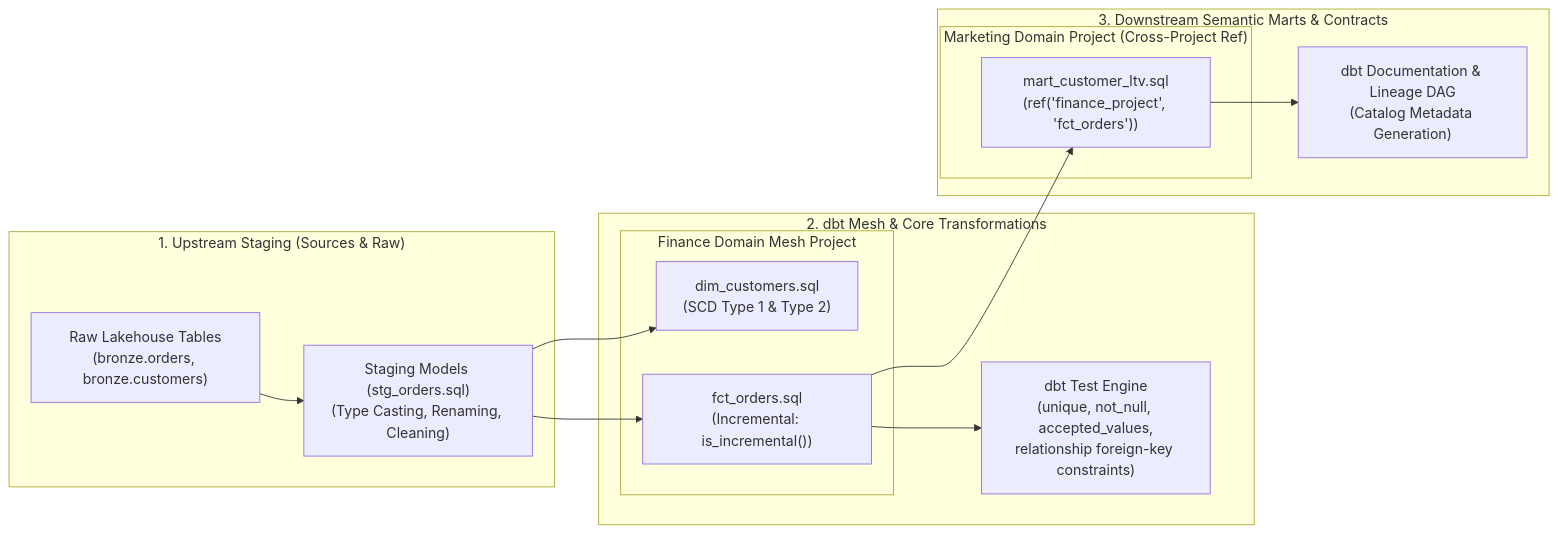
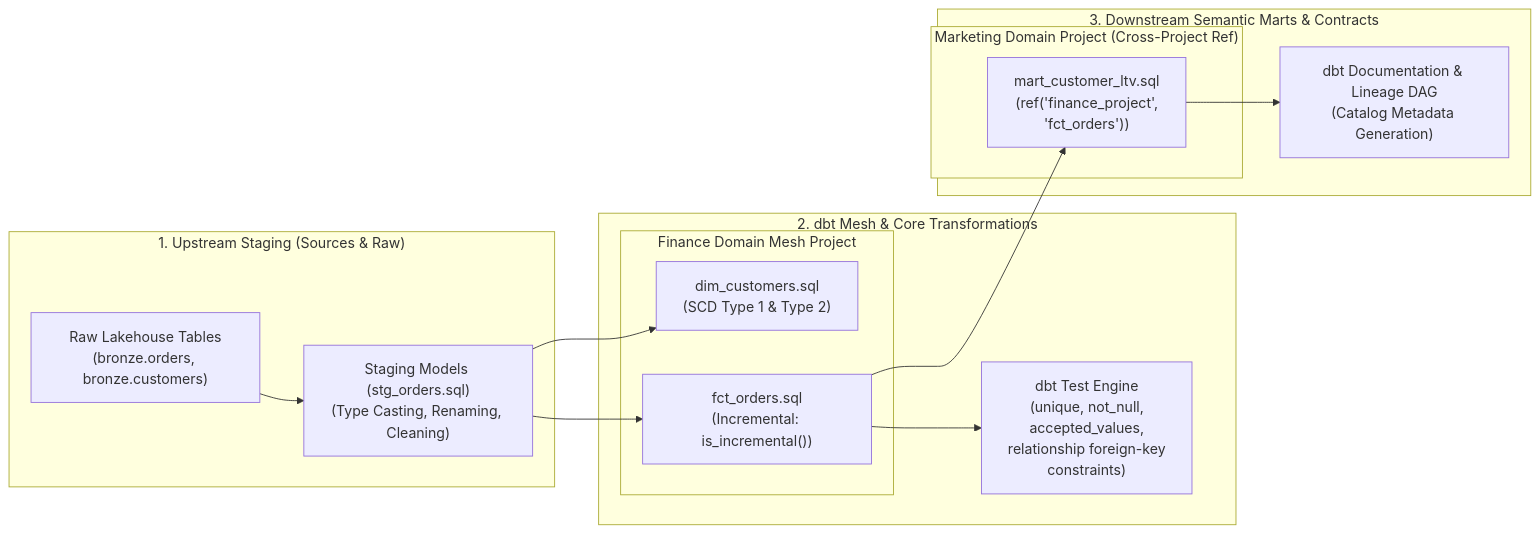
Before and after one commit to santoshjammi29/data-system-design-handbook: the eighth of 28 diagrams in docs/whiteboard_diagrams/handbook_whiteboard_blueprints.md, drawn with Mermaid. The commit also changed other lines of this file and 15 other files, not shown here.

Commit message:
fix(diagrams): word-wrap labels and escape comparison operators across all diagrams

````diff
--- a/docs/whiteboard_diagrams/handbook_whiteboard_blueprints.md
+++ b/docs/whiteboard_diagrams/handbook_whiteboard_blueprints.md
@@ -361,31 +361,31 @@
 ```mermaid
 flowchart LR
     subgraph Panel1 ["1. Upstream Staging (Sources & Raw)"]
-        Source1["Raw Lakehouse Tables\n(bronze.orders, bronze.customers)"]
-        Staging["Staging Models (stg_orders.sql)\n(Type Casting, Renaming, Cleaning)"]
+        Source1["Raw Lakehouse Tables<br/>(bronze.orders, bronze.customers)"]
+        Staging["Staging Models (stg_orders.sql)<br/>(Type Casting, Renaming, Cleaning)"]
         Source1 --> Staging
     end
 
     subgraph Panel2 ["2. dbt Mesh & Core Transformations"]
         subgraph DataProduct1 ["Finance Domain Mesh Project"]
-            DimCustomer["dim_customers.sql\n(SCD Type 1 & Type 2)"]
-            FactOrders["fct_orders.sql\n(Incremental: is_incremental())"]
+            DimCustomer["dim_customers.sql<br/>(SCD Type 1 & Type 2)"]
+            FactOrders["fct_orders.sql<br/>(Incremental: is_incremental())"]
         end
         Staging --> DimCustomer
         Staging --> FactOrders
 
-        Tests["dbt Test Engine\n(unique, not_null, accepted_values,\nrelationship foreign-key constraints)"]
+        Tests["dbt Test Engine<br/>(unique, not_null,<br/>accepted_values,<br/>relationship foreign-key<br/>constraints)"]
         FactOrders --> Tests
     end
 
     subgraph Panel3 ["3. Downstream Semantic Marts & Contracts"]
         subgraph DataProduct2 ["Marketing Domain Project (Cross-Project Ref)"]
-            CustomerLTV["mart_customer_ltv.sql\n(ref('finance_project', 'fct_orders'))"]
+            CustomerLTV["mart_customer_ltv.sql<br/>(ref('finance_project',<br/>'fct_orders'))"]
         end
         FactOrders --> CustomerLTV
-        Docs["dbt Documentation & Lineage DAG\n(Catalog Metadata Generation)"]
+        Docs["dbt Documentation & Lineage DAG<br/>(Catalog Metadata Generation)"]
         CustomerLTV --> Docs
     end
 
     Panel1 ~~~ Panel2 ~~~ Panel3
 ```
````
